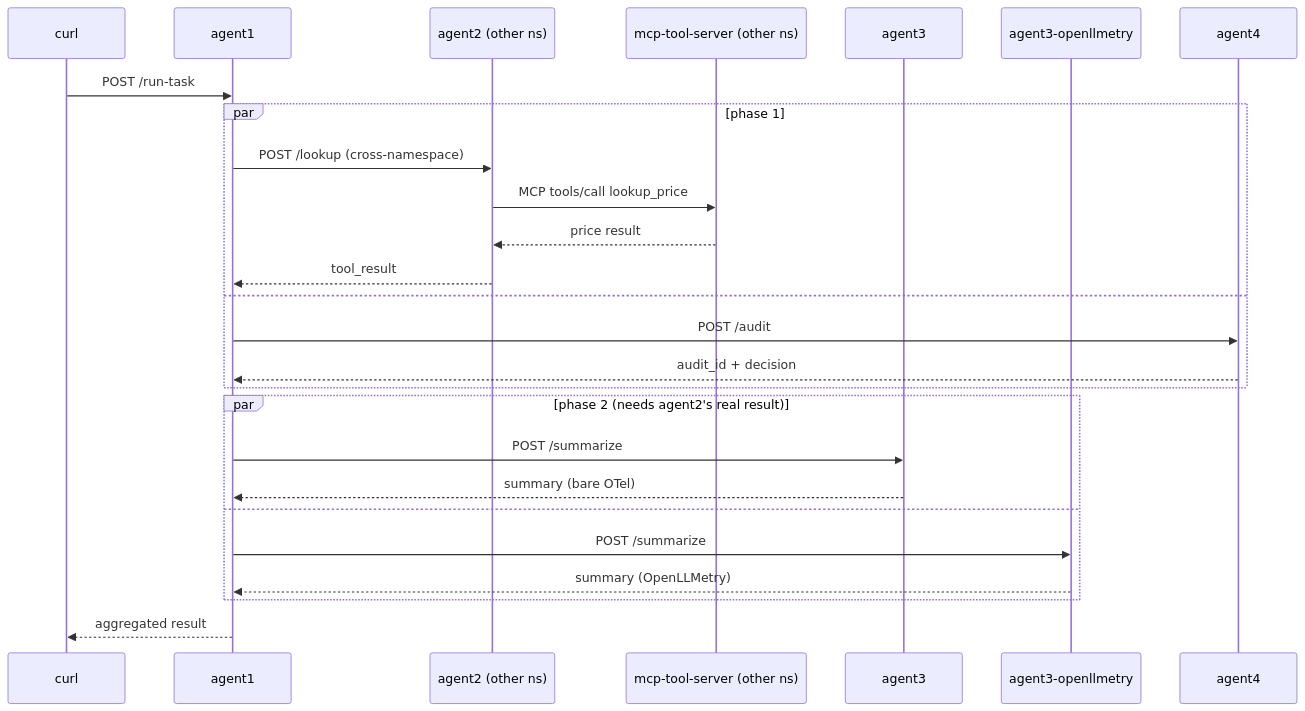
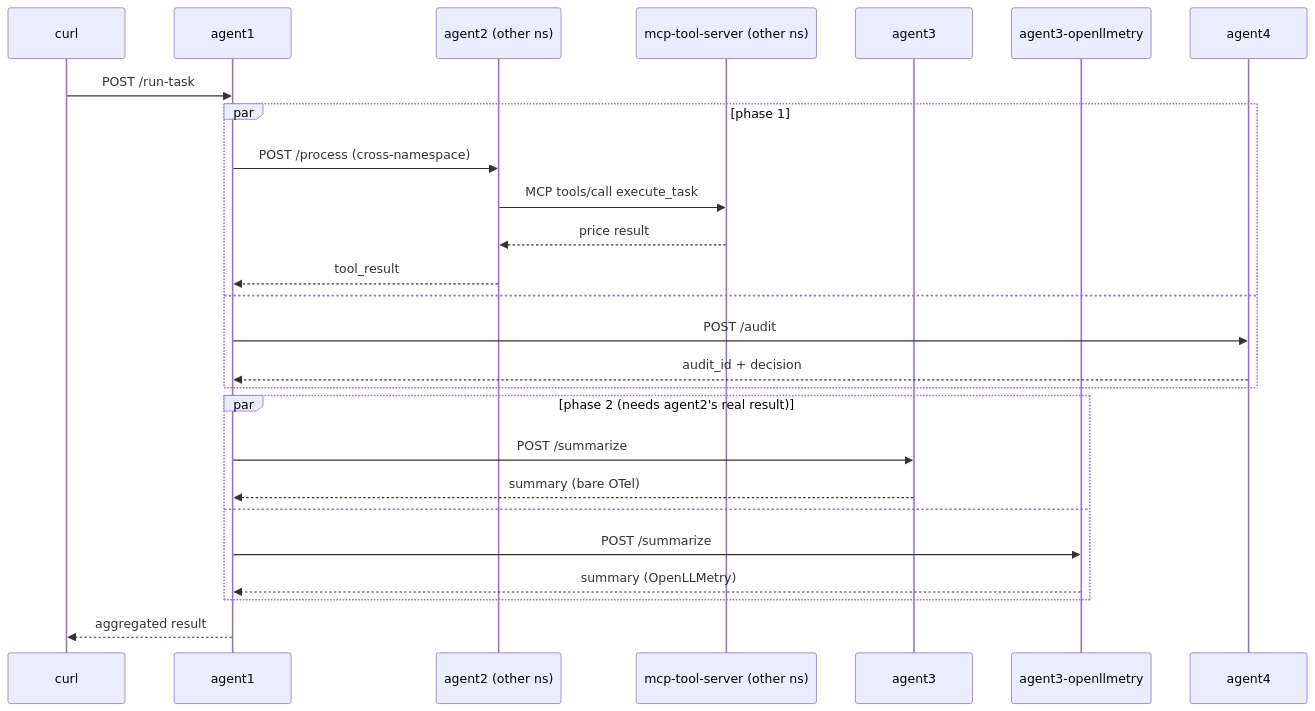
One commit to sf-matt/mcp-agent-tracing changed the second of 3 diagrams in README.md. Above: the diagram before and after it, drawn with Mermaid. The commit also changed other lines of this file and 7 other files, not shown here.

````diff
--- a/README.md
+++ b/README.md
@@ -75,29 +75,29 @@
 ```mermaid
 sequenceDiagram
     participant U as curl
     participant A1 as agent1
     participant A2 as agent2 (other ns)
     participant M as mcp-tool-server (other ns)
     participant A3 as agent3
     participant A3O as agent3-openllmetry
     participant A4 as agent4
 
     U->>A1: POST /run-task
     par phase 1
-        A1->>A2: POST /lookup (cross-namespace)
-        A2->>M: MCP tools/call lookup_price
+        A1->>A2: POST /process (cross-namespace)
+        A2->>M: MCP tools/call execute_task
         M-->>A2: price result
         A2-->>A1: tool_result
     and
         A1->>A4: POST /audit
         A4-->>A1: audit_id + decision
     end
     par phase 2 (needs agent2's real result)
         A1->>A3: POST /summarize
         A3-->>A1: summary (bare OTel)
     and
         A1->>A3O: POST /summarize
         A3O-->>A1: summary (OpenLLMetry)
     end
     A1-->>U: aggregated result
 ```
````
